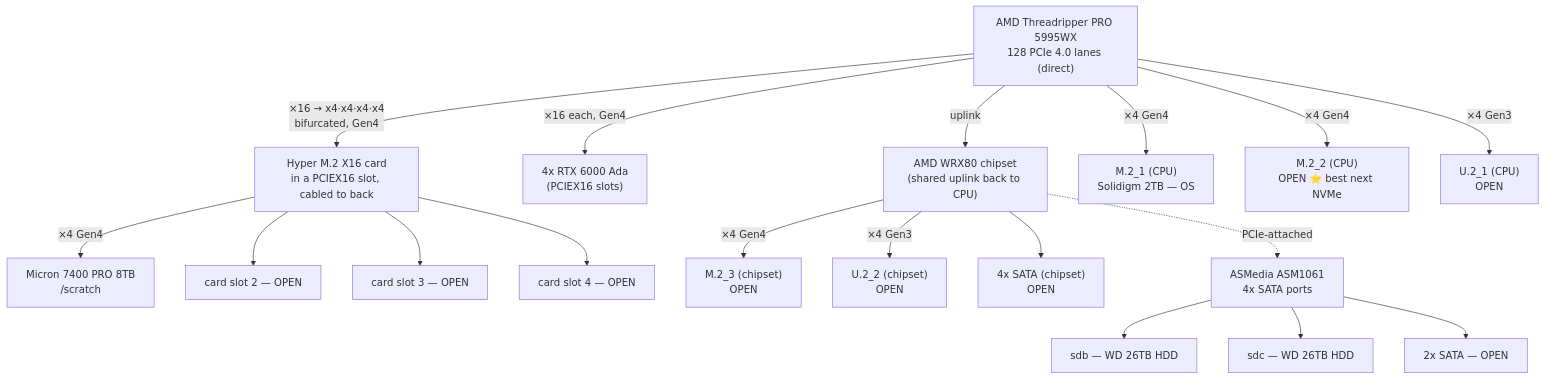
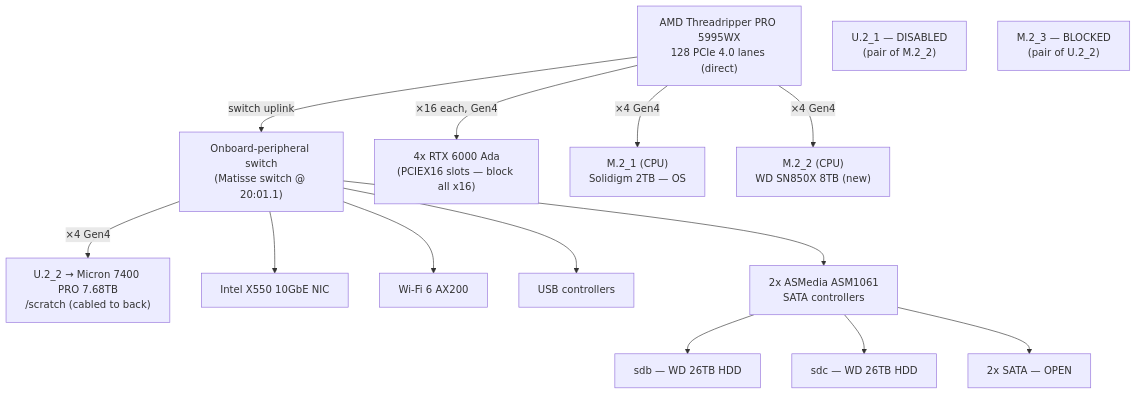
One commit to Mjvolk3/torchcell changed the diagram in notes/gilahyper.hardware-inventory.md. Above: the diagram before and after it, drawn with Mermaid. The commit also changed other lines of this file and 1 other file, not shown here.

````diff
--- a/notes/gilahyper.hardware-inventory.md
+++ b/notes/gilahyper.hardware-inventory.md
@@ -102,25 +107,22 @@
 ```mermaid
 graph TD
     CPU["AMD Threadripper PRO 5995WX<br/>128 PCIe 4.0 lanes (direct)"]
-    CHIP["AMD WRX80 chipset<br/>(shared uplink back to CPU)"]
+    SW["Onboard-peripheral switch<br/>(Matisse switch @ 20:01.1)"]
 
-    CPU -->|"×16 each, Gen4"| GPUS["4x RTX 6000 Ada<br/>(PCIEX16 slots)"]
-    CPU -->|"×16 → x4·x4·x4·x4<br/>bifurcated, Gen4"| HYPER["Hyper M.2 X16 card<br/>in a PCIEX16 slot, cabled to back"]
+    CPU -->|"×16 each, Gen4"| GPUS["4x RTX 6000 Ada<br/>(PCIEX16 slots — block all x16)"]
     CPU -->|"×4 Gen4"| M21["M.2_1 (CPU)<br/>Solidigm 2TB — OS"]
-    CPU -->|"×4 Gen4"| M22["M.2_2 (CPU)<br/>OPEN ⭐ best next NVMe"]
-    CPU -->|"×4 Gen3"| U21["U.2_1 (CPU)<br/>OPEN"]
-    CPU -->|"uplink"| CHIP
+    CPU -->|"×4 Gen4"| M22["M.2_2 (CPU)<br/>WD SN850X 8TB (new)"]
+    CPU -->|"switch uplink"| SW
 
-    HYPER -->|"×4 Gen4"| MIC["Micron 7400 PRO 8TB<br/>/scratch"]
-    HYPER --> H2["card slot 2 — OPEN"]
-    HYPER --> H3["card slot 3 — OPEN"]
-    HYPER --> H4["card slot 4 — OPEN"]
-
-    CHIP -->|"×4 Gen4"| M23["M.2_3 (chipset)<br/>OPEN"]
-    CHIP -->|"×4 Gen3"| U22["U.2_2 (chipset)<br/>OPEN"]
-    CHIP --> SATAC["4x SATA (chipset)<br/>OPEN"]
-    CHIP -.->|"PCIe-attached"| ASM["ASMedia ASM1061<br/>4x SATA ports"]
+    SW -->|"×4 Gen4"| MIC["U.2_2 → Micron 7400 PRO 7.68TB<br/>/scratch (cabled to back)"]
+    SW --> NIC["Intel X550 10GbE NIC"]
+    SW --> WIFI["Wi-Fi 6 AX200"]
+    SW --> USB["USB controllers"]
+    SW --> ASM["2x ASMedia ASM1061<br/>SATA controllers"]
     ASM --> HDD1["sdb — WD 26TB HDD"]
     ASM --> HDD2["sdc — WD 26TB HDD"]
     ASM --> SATAO["2x SATA — OPEN"]
+
+    U21X["U.2_1 — DISABLED<br/>(pair of M.2_2)"]
+    M23X["M.2_3 — BLOCKED<br/>(pair of U.2_2)"]
 ```
````
